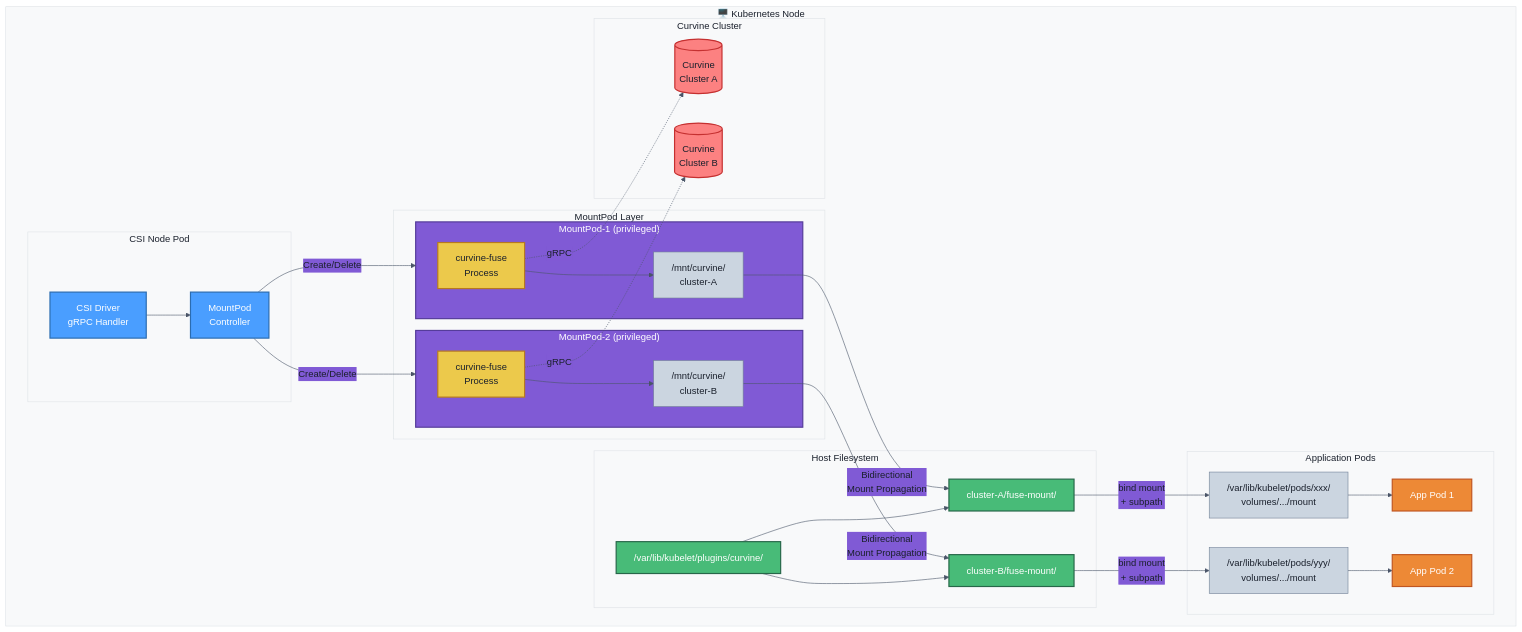
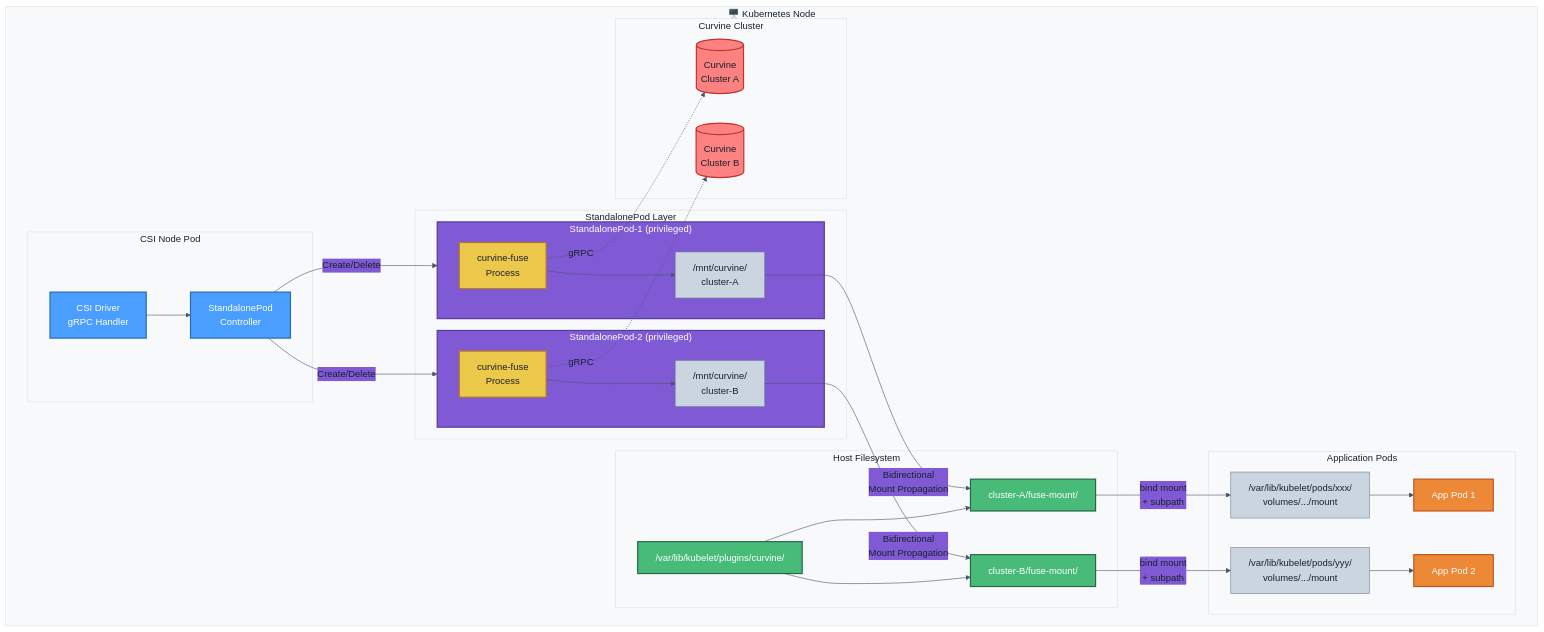
One commit to CurvineIO/curvine-doc changed the first of 3 diagrams in i18n/zh-cn/docusaurus-plugin-content-docs/current/3-User-Manuals/5-K8S-CSI-Driver/04-Framework.md. Above: the diagram before and after it, drawn with Mermaid. The commit also changed 3 other files, not shown here.

Commit message:
docs: rename 'mountpod' to 'standalone pod' (#41)

```diff
--- a/i18n/zh-cn/docusaurus-plugin-content-docs/current/3-User-Manuals/5-K8S-CSI-Driver/04-Framework.md
+++ b/i18n/zh-cn/docusaurus-plugin-content-docs/current/3-User-Manuals/5-K8S-CSI-Driver/04-Framework.md
@@ -69,16 +69,16 @@
     subgraph K8sNode["🖥️ Kubernetes Node"]
         subgraph CSIPod["CSI Node Pod"]
             CSIDriver["CSI Driver<br/>gRPC Handler"]
-            MountPodCtrl["MountPod<br/>Controller"]
+            StandalonePodCtrl["StandalonePod<br/>Controller"]
         end
         
-        subgraph MountPods["MountPod Layer"]
-            subgraph MP1["MountPod-1 (privileged)"]
+        subgraph StandalonePods["StandalonePod Layer"]
+            subgraph MP1["StandalonePod-1 (privileged)"]
                 FUSE1["curvine-fuse<br/>Process"]
                 MNT1["/mnt/curvine/<br/>cluster-A"]
             end
             
-            subgraph MP2["MountPod-2 (privileged)"]
+            subgraph MP2["StandalonePod-2 (privileged)"]
                 FUSE2["curvine-fuse<br/>Process"]
                 MNT2["/mnt/curvine/<br/>cluster-B"]
             end
@@ -103,10 +103,10 @@
         end
     end
     
-    %% CSI Pod manages MountPods
-    CSIDriver --> MountPodCtrl
-    MountPodCtrl -->|"Create/Delete"| MP1
-    MountPodCtrl -->|"Create/Delete"| MP2
+    %% CSI Pod manages StandalonePods
+    CSIDriver --> StandalonePodCtrl
+    StandalonePodCtrl -->|"Create/Delete"| MP1
+    StandalonePodCtrl -->|"Create/Delete"| MP2
     
     %% FUSE processes connect to clusters
     FUSE1 -.->|"gRPC"| CurvineClusterA
@@ -132,15 +132,15 @@
 
     %% Styles - colors adjusted for light background
     classDef csiStyle fill:#4a9eff,stroke:#2b6cb0,color:#fff,stroke-width:2px
-    classDef mountPodStyle fill:#805ad5,stroke:#553c9a,color:#fff,stroke-width:2px
+    classDef StandalonePodStyle fill:#805ad5,stroke:#553c9a,color:#fff,stroke-width:2px
     classDef fuseStyle fill:#ecc94b,stroke:#b7791f,color:#1a202c,stroke-width:2px
     classDef hostStyle fill:#48bb78,stroke:#276749,color:#fff,stroke-width:2px
     classDef appStyle fill:#ed8936,stroke:#c05621,color:#fff,stroke-width:2px
     classDef storageStyle fill:#fc8181,stroke:#c53030,color:#1a202c,stroke-width:2px
     classDef pathStyle fill:#cbd5e0,stroke:#718096,color:#1a202c,stroke-width:1px
     
-    class CSIDriver,MountPodCtrl csiStyle
-    class MP1,MP2 mountPodStyle
+    class CSIDriver,StandalonePodCtrl csiStyle
+    class MP1,MP2 StandalonePodStyle
     class FUSE1,FUSE2 fuseStyle
     class PluginPath,ClusterA,ClusterB hostStyle
     class App1,App2 appStyle
```
